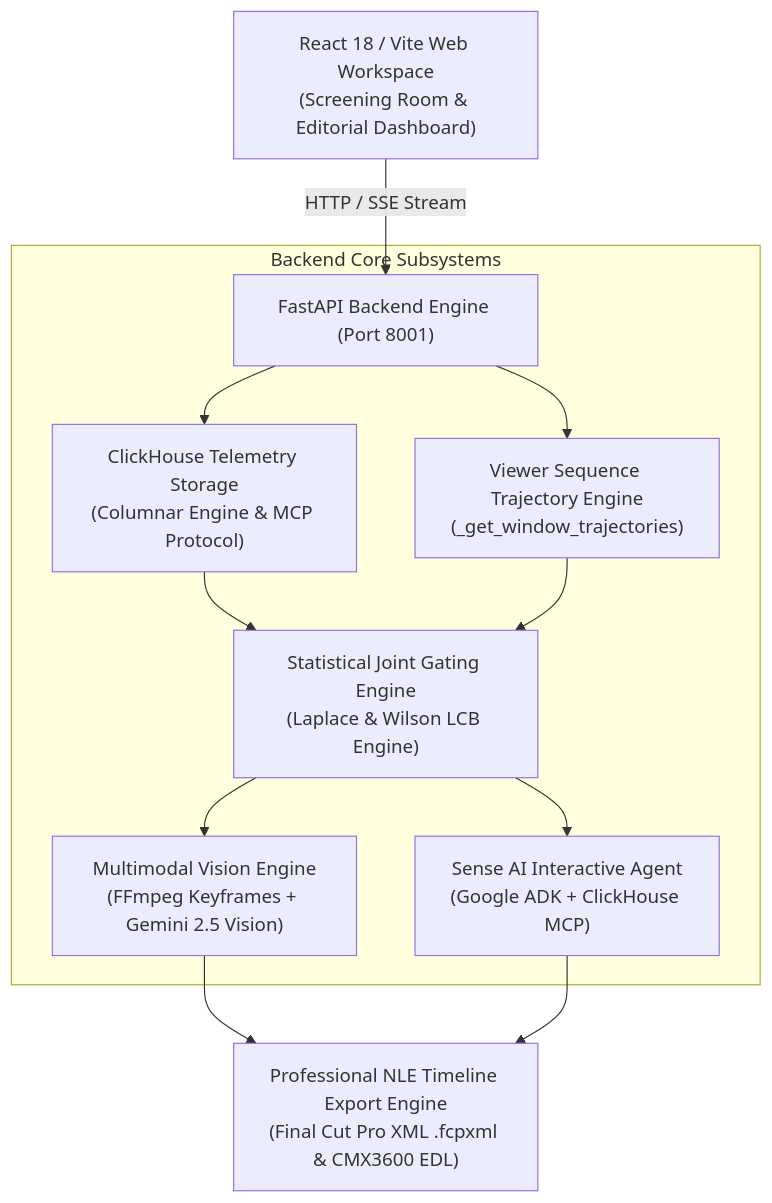
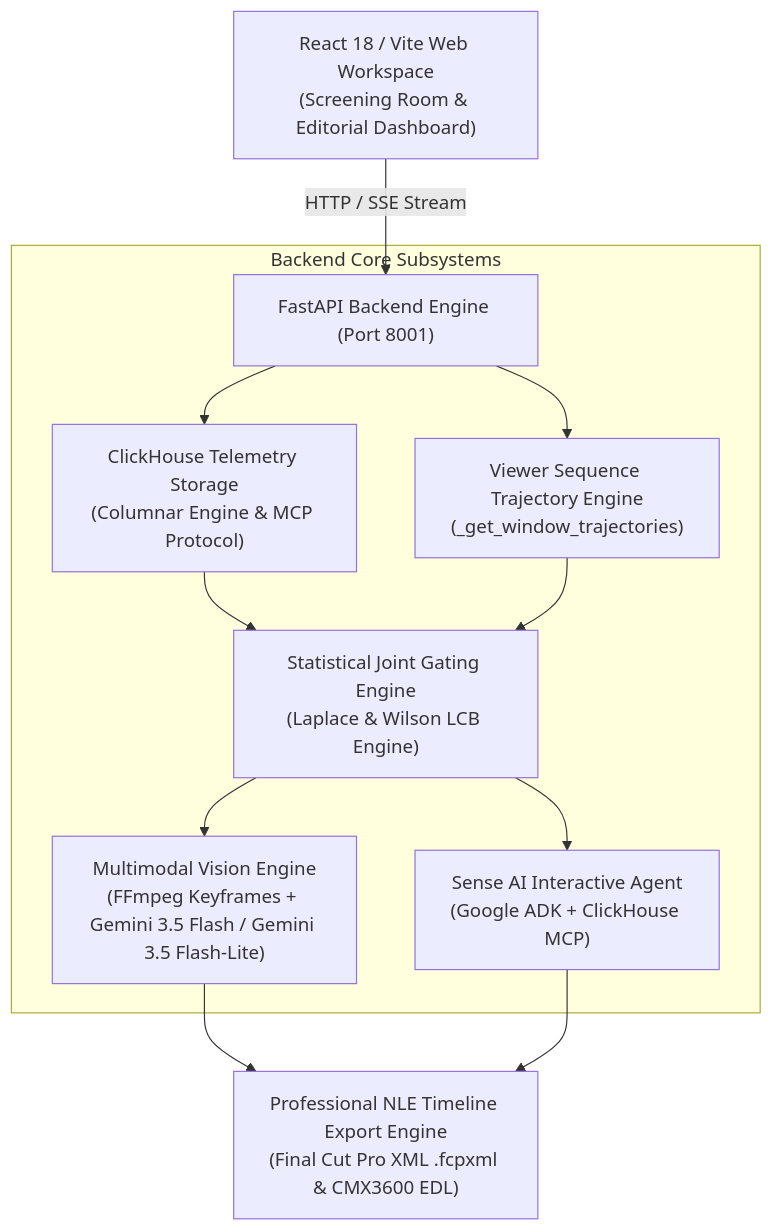
The diagram in README.md (Supan-Roy/Frame-Sense), drawn with Mermaid before and after one commit. The commit also changed other lines of this file and 3 other files, not shown here.

Commit message:
docs(readme): update Gemini model references to Gemini 3.5 Flash / Flash-Lite

````diff
--- a/README.md
+++ b/README.md
@@ -29,16 +29,16 @@
 ```mermaid
 graph TD
     UI["React 18 / Vite Web Workspace<br/>(Screening Room & Editorial Dashboard)"] -->|HTTP / SSE Stream| API["FastAPI Backend Engine (Port 8001)"]
 
     subgraph Core ["Backend Core Subsystems"]
         API --> CH["ClickHouse Telemetry Storage<br/>(Columnar Engine & MCP Protocol)"]
         API --> TRAJ["Viewer Sequence Trajectory Engine<br/>(_get_window_trajectories)"]
         CH --> GATE["Statistical Joint Gating Engine<br/>(Laplace & Wilson LCB Engine)"]
         TRAJ --> GATE
-        GATE --> VIS["Multimodal Vision Engine<br/>(FFmpeg Keyframes + Gemini 2.5 Vision)"]
+        GATE --> VIS["Multimodal Vision Engine<br/>(FFmpeg Keyframes + Gemini 3.5 Flash / Gemini 3.5 Flash-Lite)"]
         GATE --> CHAT["Sense AI Interactive Agent<br/>(Google ADK + ClickHouse MCP)"]
     end
 
     VIS --> NLE["Professional NLE Timeline Export Engine<br/>(Final Cut Pro XML .fcpxml & CMX3600 EDL)"]
     CHAT --> NLE
 ```
````
